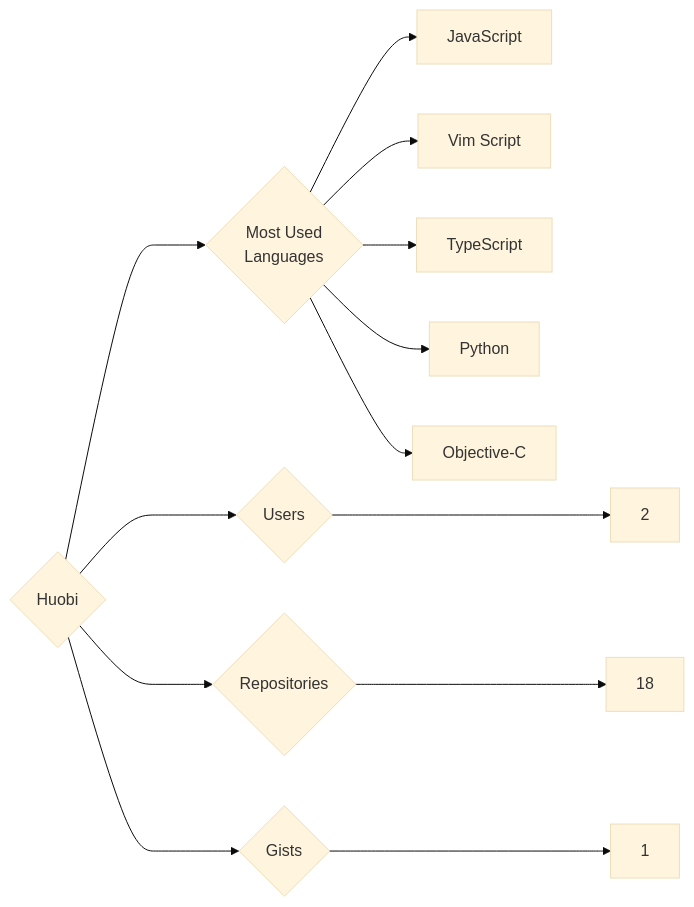
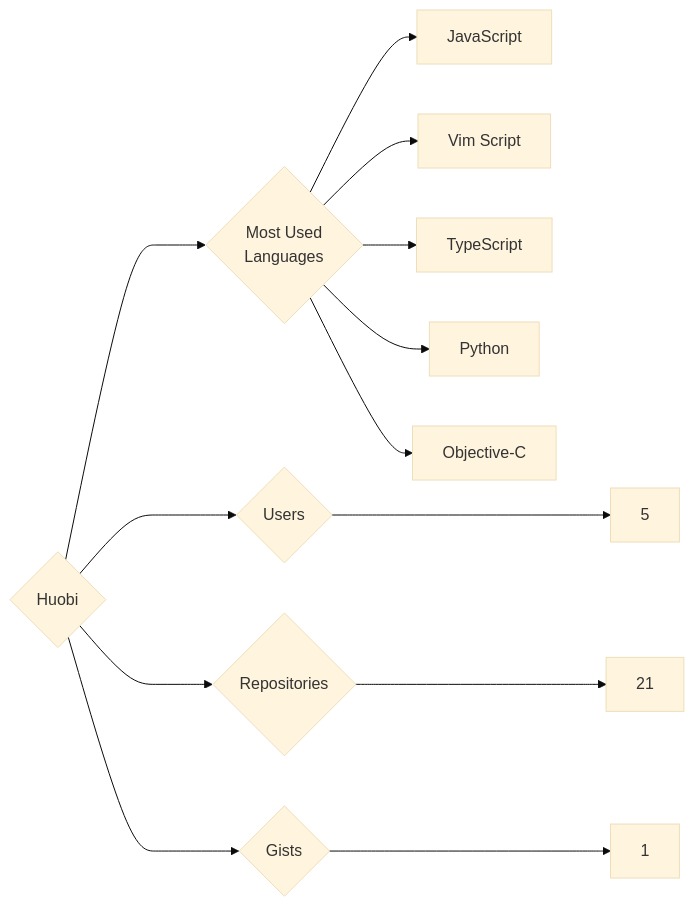
One commit to trickest/insiders changed the diagram in targets/Huobi/README.md. Above: the diagram before and after it, drawn with Mermaid (base theme). The commit also changed 1123 other files, not shown here.

````diff
--- a/targets/Huobi/README.md
+++ b/targets/Huobi/README.md
@@ -3,13 +3,13 @@
 ```mermaid
 graph LR
 COMPANY_NAME{Huobi}
-COMPANY_NAME ---> U{Users} ---> UN[2]
-COMPANY_NAME ---> R{Repositories} ---> RN[18]
+COMPANY_NAME ---> U{Users} ---> UN[5]
+COMPANY_NAME ---> R{Repositories} ---> RN[21]
 COMPANY_NAME ---> G{Gists} ---> GN[1]
 COMPANY_NAME ---> ML{Most Used<br>Languages}
 ML --> JavaScript[JavaScript]
 ML --> Vim_Script[Vim Script]
 ML --> TypeScript[TypeScript]
 ML --> Python[Python]
 ML --> Objective-C[Objective-C]
 ```
````
